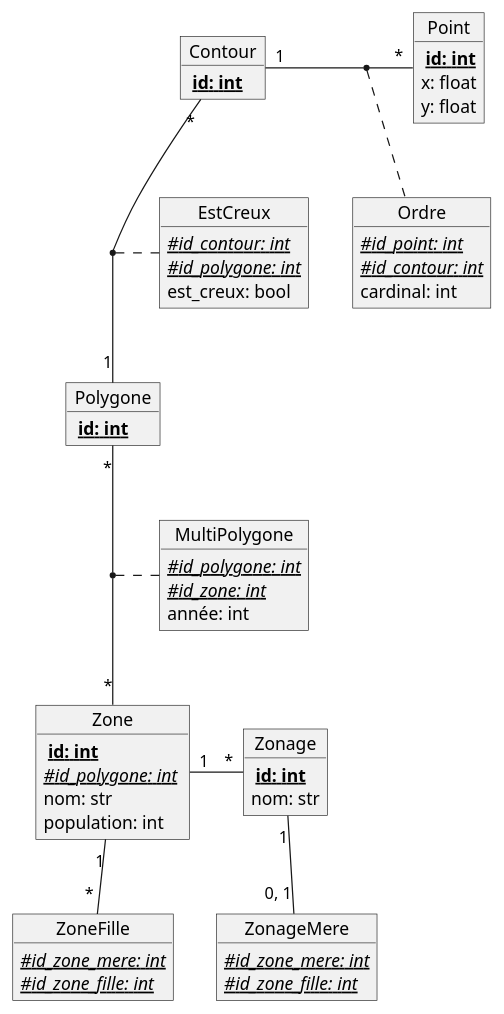
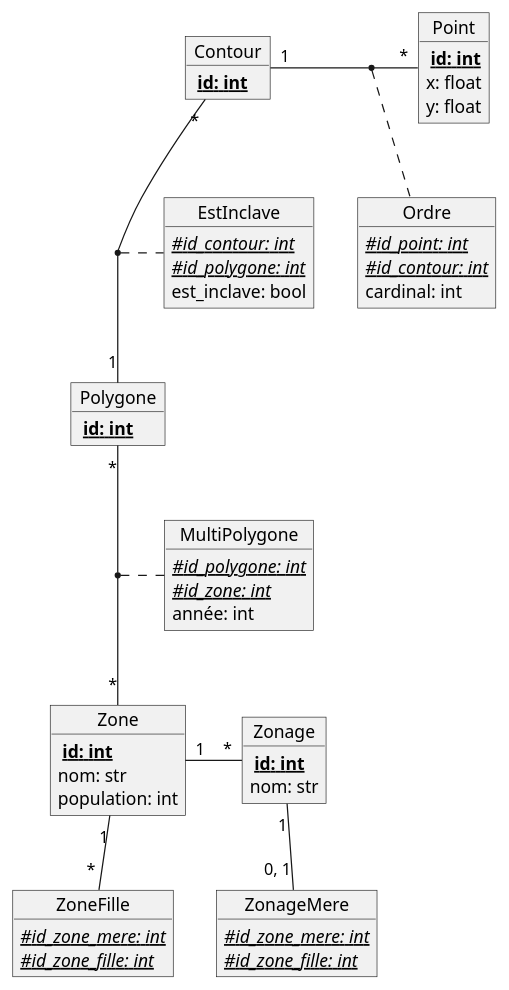
Before and after one commit to antoni-guardia/ENSAI_ProjetInfo2A: the diagram in doc/diagrammes/diagramme_entite_relation.md, drawn with PlantUML. The commit also changed 1 other file, not shown here.

Commit message:
maj diag entite-relation

```diff
--- a/doc/diagrammes/diagramme_entite_relation.md
+++ b/doc/diagrammes/diagramme_entite_relation.md
@@ -4,72 +4,71 @@
 @startuml
 object Zonage{
 <b> {Static} id: int
 nom: str
 }
 
 object Zone{
 <b> {Static} id: int 
-{Static}//#id_polygone: int //
 nom: str
 population: int
 }
 
 object MultiPolygone{
 {Static}//#id_polygone: int//
 {Static}//#id_zone: int//
 année: int
 }
 
 
 
 object Polygone{
 <b> {Static} id: int
 }
 
 object Contour{
 <b> {Static} id: int
 }
 
 object Point{
 <b> {Static} id: int
 x: float
 y: float
 }
-object EstCreux{
+object EstInclave{
 {Static}//#id_contour: int//
 {Static}//#id_polygone: int//
-est_creux: bool
+est_inclave: bool
 }
 
 object Ordre{
 {Static}//#id_point: int//
 {Static}//#id_contour: int//
 cardinal: int
 
 }
 
 object ZoneFille{
 {Static}//#id_zone_mere: int//
 {Static}//#id_zone_fille: int//
 }
 
 object ZonageMere{
 {Static}//#id_zone_mere: int//
 {Static}//#id_zone_fille: int//
 }
 Zonage "1"-- "0, 1" ZonageMere
 
 Polygone "*" -- "*" Zone
 (Polygone, Zone) .. MultiPolygone
 
 Contour "*" -- "1" Polygone
-(Contour, Polygone) .. EstCreux
+(Contour, Polygone) .. EstInclave
 
 Contour "1" -right- "*" Point
 (Contour, Point) .. Ordre
 
 Zone "1" -down- " * " ZoneFille
 Zone "1" -right- "*" Zonage
 
 
 @enduml
```
